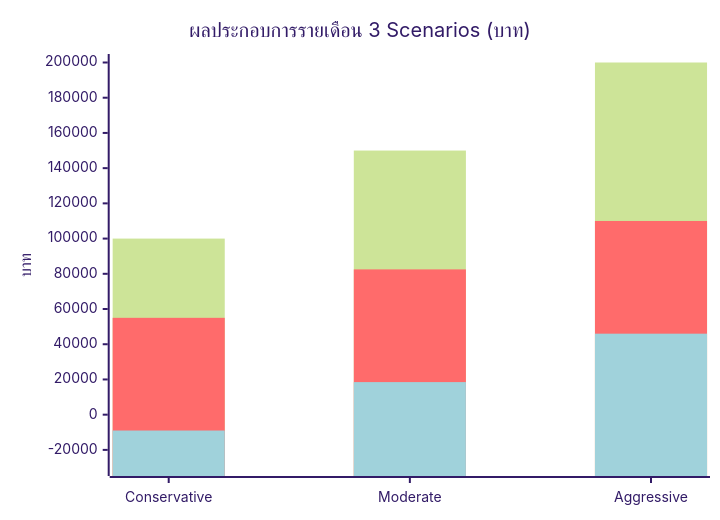
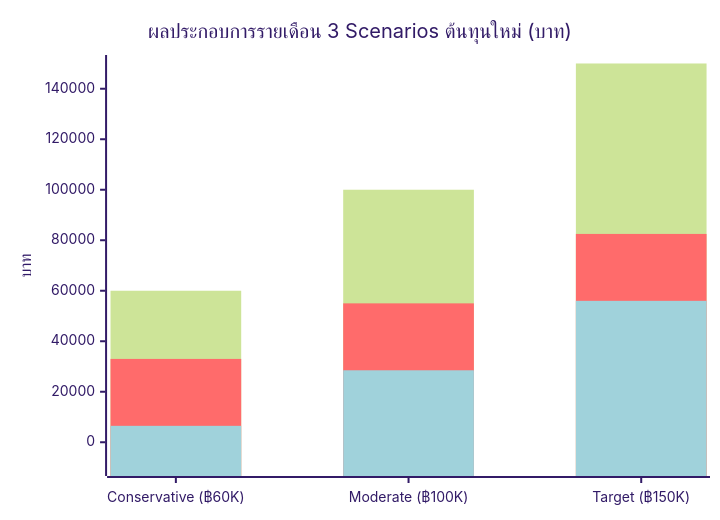
The fourth of 11 diagrams in README.md (temsiripuns100/goods-japan-business-plan), drawn with Mermaid (forest theme) before and after one commit. The commit also changed other lines of this file, not shown here.

````diff
--- a/README.md
+++ b/README.md
@@ -489,9 +489,9 @@
 ```mermaid
 xychart-beta
-    title "ผลประกอบการรายเดือน 3 Scenarios (บาท)"
-    x-axis ["Conservative", "Moderate", "Aggressive"]
-    y-axis "บาท" -30000 --> 200000
-    bar [100000, 150000, 200000]
-    bar [55000, 82500, 110000]
-    bar [-9000, 18500, 46000]
+    title "ผลประกอบการรายเดือน 3 Scenarios ต้นทุนใหม่ (บาท)"
+    x-axis ["Conservative (฿60K)", "Moderate (฿100K)", "Target (฿150K)"]
+    y-axis "บาท" -10000 --> 150000
+    bar [60000, 100000, 150000]
+    bar [33000, 55000, 82500]
+    bar [6500, 28500, 56000]
 ```
````
